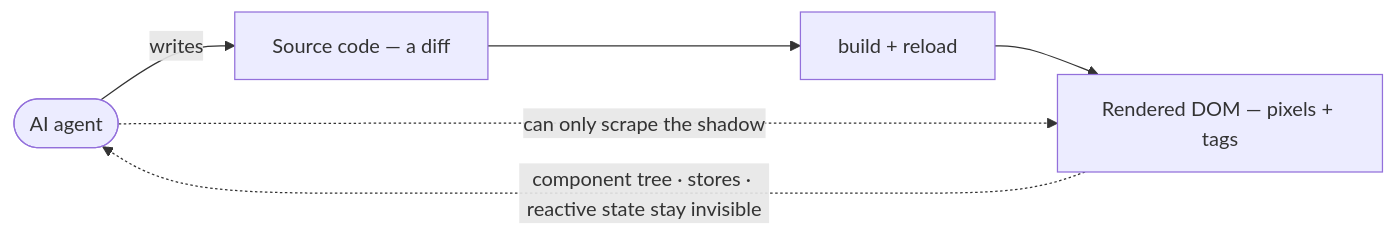
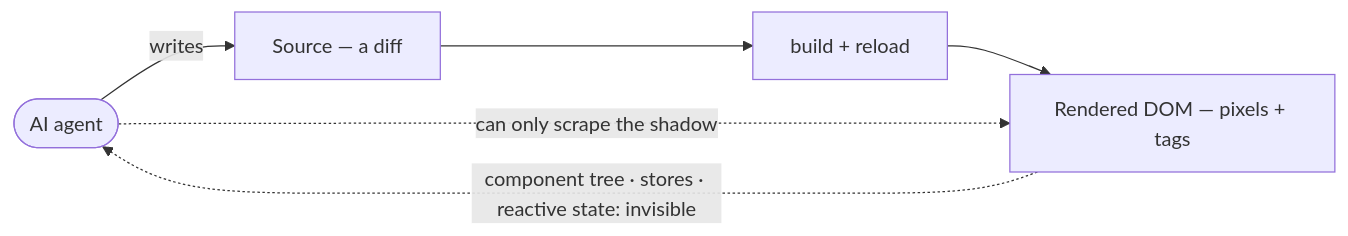
The first of 3 diagrams in learn/blog/ai-agents-runtime-possession.md (neomjs/neo), drawn with Mermaid before and after one commit. The commit also changed other lines of this file, not shown here.

````diff
--- a/learn/blog/ai-agents-runtime-possession.md
+++ b/learn/blog/ai-agents-runtime-possession.md
@@ -15,8 +15,8 @@
 ```mermaid
 flowchart LR
-    AGENT(["AI agent"]) -->|"writes"| SRC["Source code — a diff"]
+    AGENT(["AI agent"]) -->|"writes"| SRC["Source — a diff"]
     SRC --> BUILD["build + reload"]
-    BUILD --> PIX["Rendered DOM — pixels + tags"]
-    AGENT -.->|"can only scrape the shadow"| PIX
-    PIX -.->|"component tree · stores · reactive state stay invisible"| AGENT
+    BUILD --> DOM["Rendered DOM — pixels + tags"]
+    AGENT -.->|"can only scrape the shadow"| DOM
+    DOM -.->|"component tree · stores · reactive state: invisible"| AGENT
 ```
````
